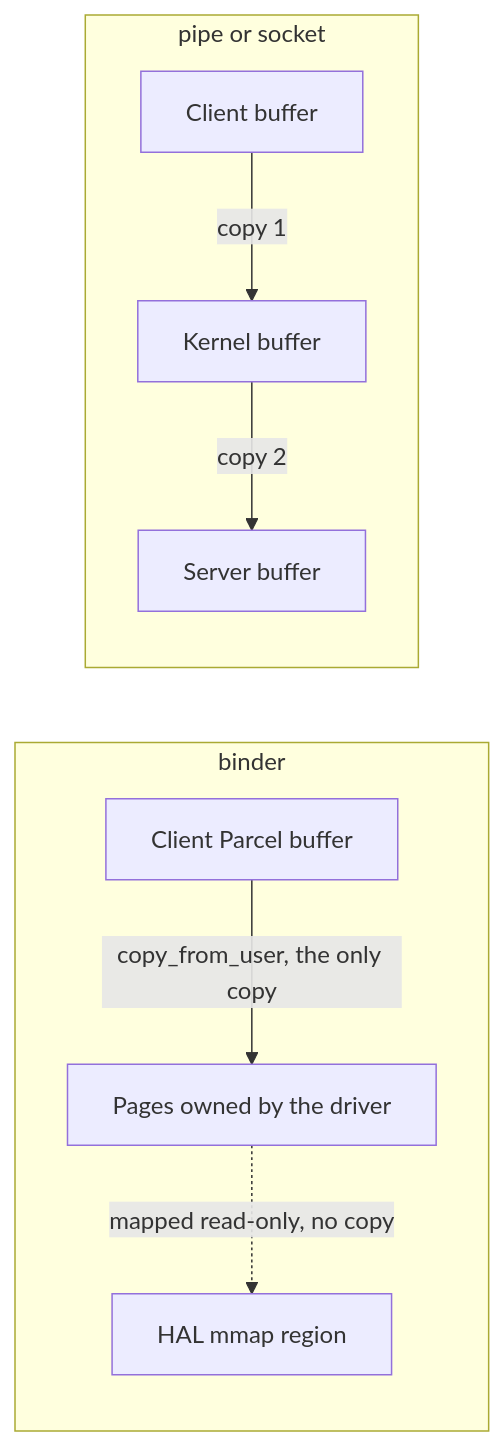
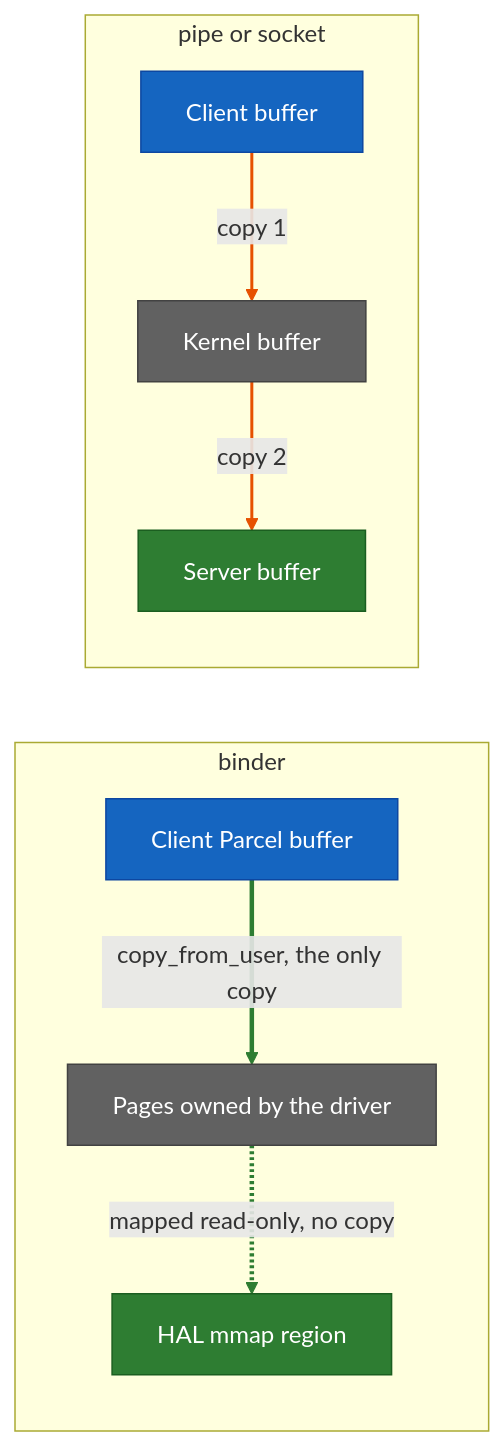
One commit to rdkcentral/rdk-halif-aidl changed the third of 6 diagrams in docs/introduction/binder_call_path.md. Above: the diagram before and after it, drawn with Mermaid. The commit also changed other lines of this file, not shown here.

First line of the commit message:
Update #956: Colour the binder call path diagrams

````diff
--- a/docs/introduction/binder_call_path.md
+++ b/docs/introduction/binder_call_path.md
@@ -81,11 +97,19 @@
 ```mermaid
 flowchart LR
     subgraph binder
         A1[Client Parcel buffer] -- copy_from_user, the only copy --> P[Pages owned by the driver]
         P -. mapped read-only, no copy .-> B1[HAL mmap region]
     end
     subgraph pipe or socket
         A2[Client buffer] -- copy 1 --> S[Kernel buffer]
         S -- copy 2 --> B2[Server buffer]
     end
+    classDef client fill:#1565C0,stroke:#0D47A1,color:#FFFFFF
+    classDef kernel fill:#616161,stroke:#424242,color:#FFFFFF
+    classDef hal fill:#2E7D32,stroke:#1B5E20,color:#FFFFFF
+    class A1,A2 client
+    class P,S kernel
+    class B1,B2 hal
+    linkStyle 0,1 stroke:#2E7D32,stroke-width:3px
+    linkStyle 2,3 stroke:#E65100,stroke-width:2px
 ```
````
